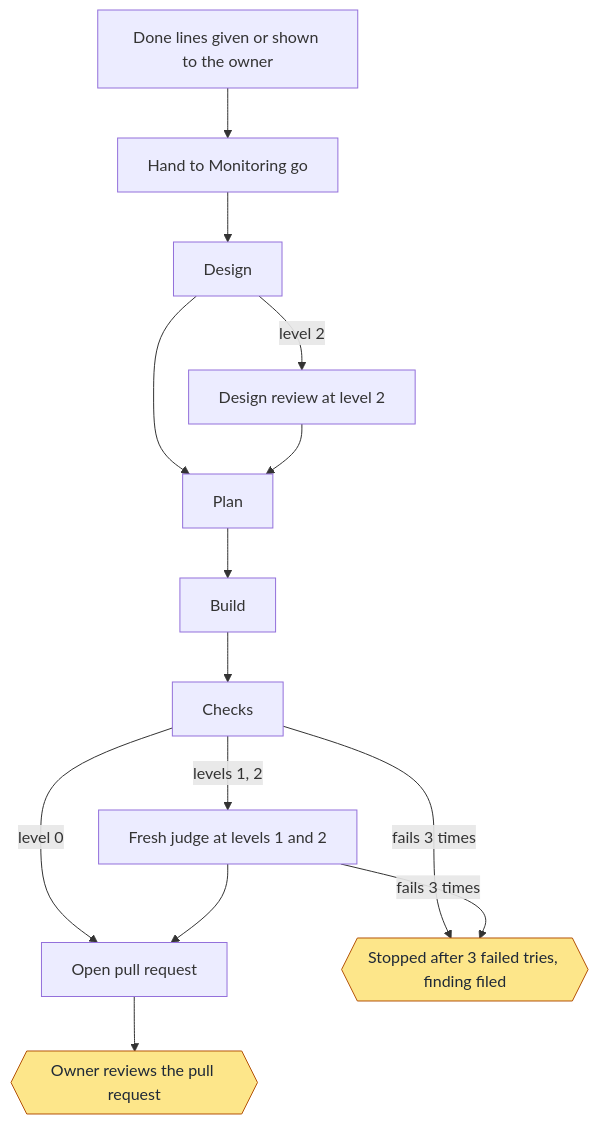
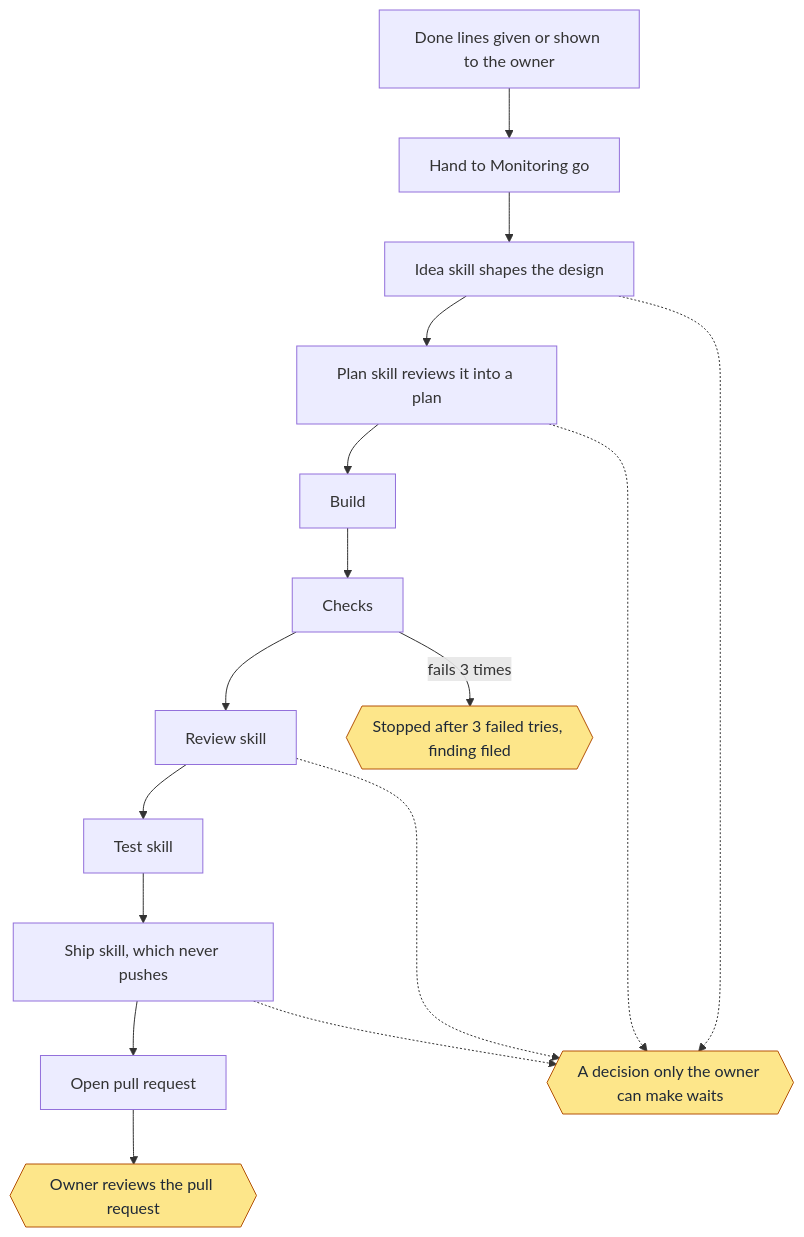
Before and after one commit to jcl2018/agent-workflow-template: the first of 12 diagrams in docs/wiki/Delivery.md, drawn with Mermaid. The commit also changed other lines of this file and 32 other files, not shown here.

First line of the commit message:
Delivery runs your own skill flow, unattended

````diff
--- a/docs/wiki/Delivery.md
+++ b/docs/wiki/Delivery.md
@@ -113,29 +68,33 @@
 ```mermaid
 flowchart TD
   a["Done lines given or shown to the owner"]
   b["Hand to Monitoring go"]
-  c["Design"]
-  r["Design review at level 2"]
-  d["Plan"]
+  c["Idea skill shapes the design"]
+  d["Plan skill reviews it into a plan"]
   e["Build"]
   f["Checks"]
-  j["Fresh judge at levels 1 and 2"]
-  g["Open pull request"]
+  g["Review skill"]
+  h["Test skill"]
+  i["Ship skill, which never pushes"]
+  j["Open pull request"]
+  w{{"A decision only the owner can make waits"}}
   o{{"Owner reviews the pull request"}}
   s{{"Stopped after 3 failed tries, finding filed"}}
   a --> b
   b --> c
-  c -->|level 2| r
   c --> d
-  r --> d
   d --> e
   e --> f
-  f -->|levels 1, 2| j
-  f -->|level 0| g
-  j --> g
-  g --> o
+  f --> g
+  g --> h
+  h --> i
+  i --> j
+  j --> o
+  c -.-> w
+  d -.-> w
+  g -.-> w
+  i -.-> w
   f -->|fails 3 times| s
-  j -->|fails 3 times| s
   classDef owner fill:#fde68a,stroke:#b45309,color:#1f2937
-  class o,s owner
+  class w,o,s owner
 ```
````
